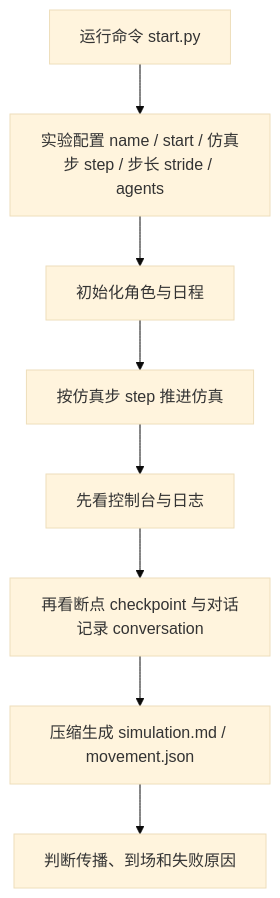
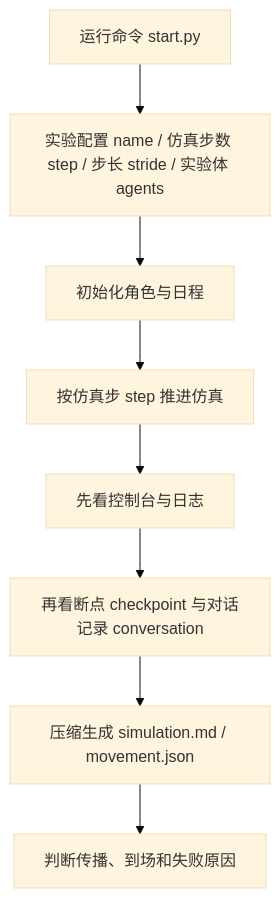
The fourth of 7 diagrams in docs/book/manuscript/part_04/chapter_24.md (tbkken/GenerativeAgentsCN), drawn with Mermaid (base theme) before and after one commit. The commit also changed other lines of this file and 24 other files, not shown here.

````diff
--- a/docs/book/manuscript/part_04/chapter_24.md
+++ b/docs/book/manuscript/part_04/chapter_24.md
@@ -116,10 +243,10 @@
 ```mermaid
 flowchart TD
-    Command["运行命令 start.py"] --> Config["实验配置 name / start / 仿真步 step / 步长 stride / agents"]
+    Command["运行命令 start.py"] --> Config["实验配置 name / 仿真步数 step / 步长 stride / 实验体 agents"]
     Config --> Init["初始化角色与日程"]
     Init --> Sim["按仿真步 step 推进仿真"]
     Sim --> Log["先看控制台与日志"]
     Log --> Checkpoint["再看断点 checkpoint 与对话记录 conversation"]
     Checkpoint --> Compress["压缩生成 simulation.md / movement.json"]
     Compress --> Judge["判断传播、到场和失败原因"]
 ```
````
